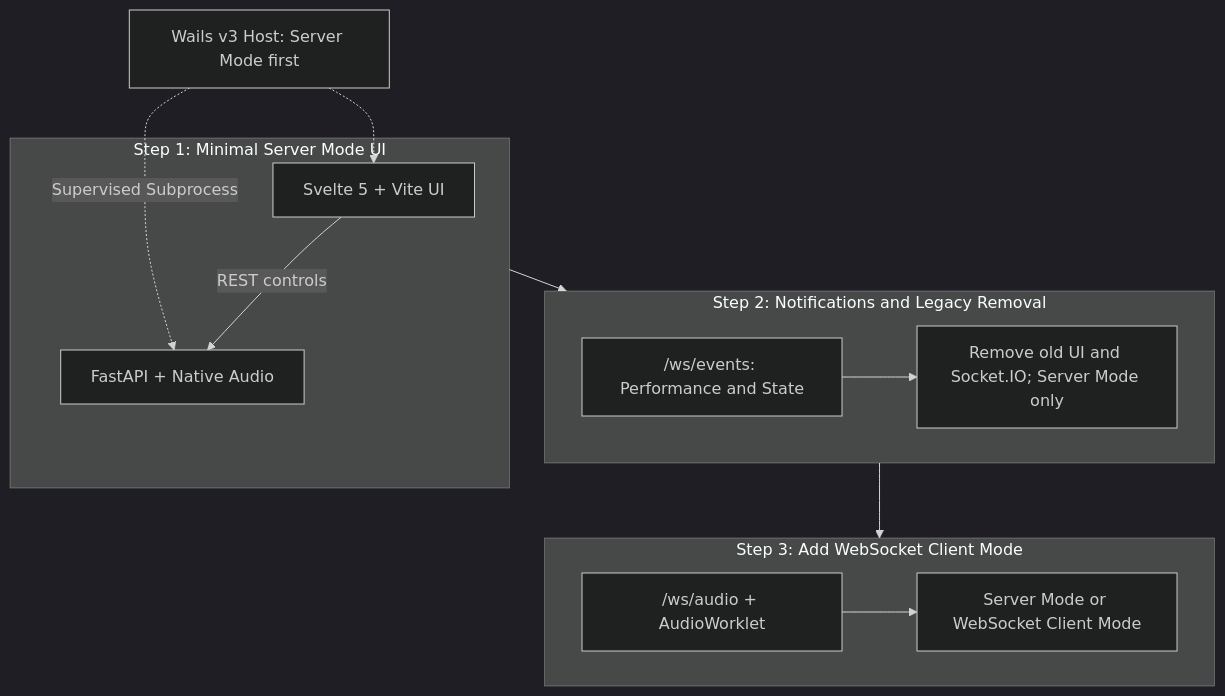
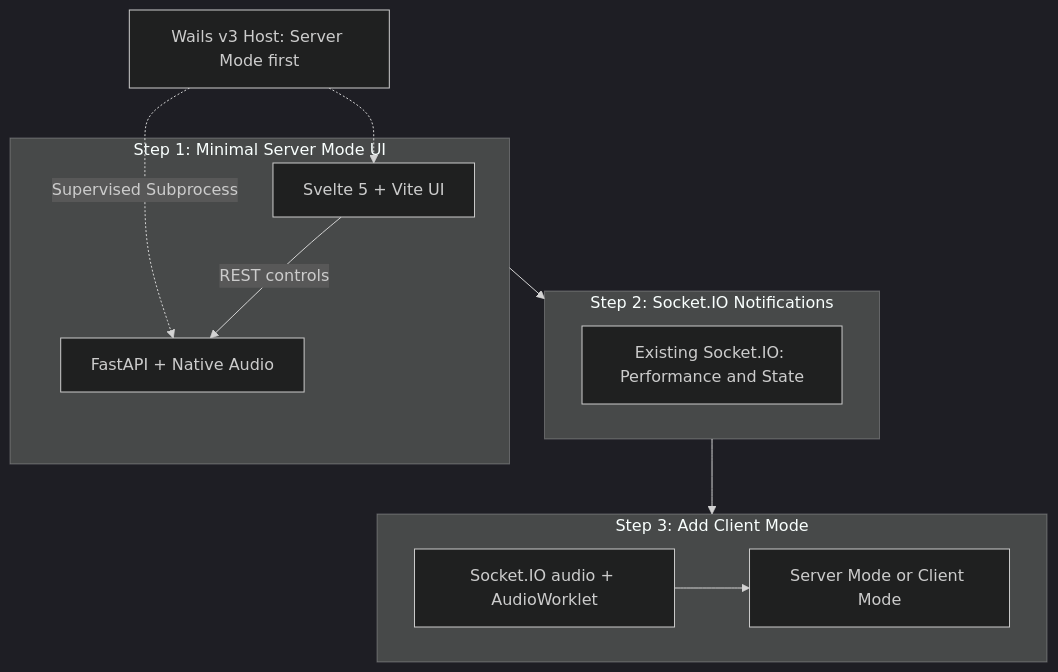
Before and after one commit to Maki-Daisuke/vcclient-forge: the diagram in okf/frontend-architecture-and-roadmap.md, drawn with Mermaid (dark theme). The commit also changed other lines of this file and 4 other files, not shown here.

````diff
--- a/okf/frontend-architecture-and-roadmap.md
+++ b/okf/frontend-architecture-and-roadmap.md
@@ -334,22 +409,20 @@
 ```mermaid
 flowchart TD
    subgraph S1["Step 1: Minimal Server Mode UI"]
       FE["Svelte 5 + Vite UI"]
       FE -->|"REST controls"| B1["FastAPI + Native Audio"]
     end
 
-   subgraph S2["Step 2: Notifications and Legacy Removal"]
-      EVT["/ws/events: Performance and State"]
-      CLEAN["Remove old UI and Socket.IO; Server Mode only"]
-      EVT --> CLEAN
+   subgraph S2["Step 2: Socket.IO Notifications"]
+      EVT["Existing Socket.IO: Performance and State"]
     end
 
-   subgraph S3["Step 3: Add WebSocket Client Mode"]
-      PWS["/ws/audio + AudioWorklet"]
-      PWS --> MODES["Server Mode or WebSocket Client Mode"]
+   subgraph S3["Step 3: Add Client Mode"]
+      SIO["Socket.IO audio + AudioWorklet"]
+      SIO --> MODES["Server Mode or Client Mode"]
     end
 
    S1 --> S2 --> S3
    WAILS["Wails v3 Host: Server Mode first"] -.-> FE
    WAILS -.->|"Supervised Subprocess"| B1
 ```
````
